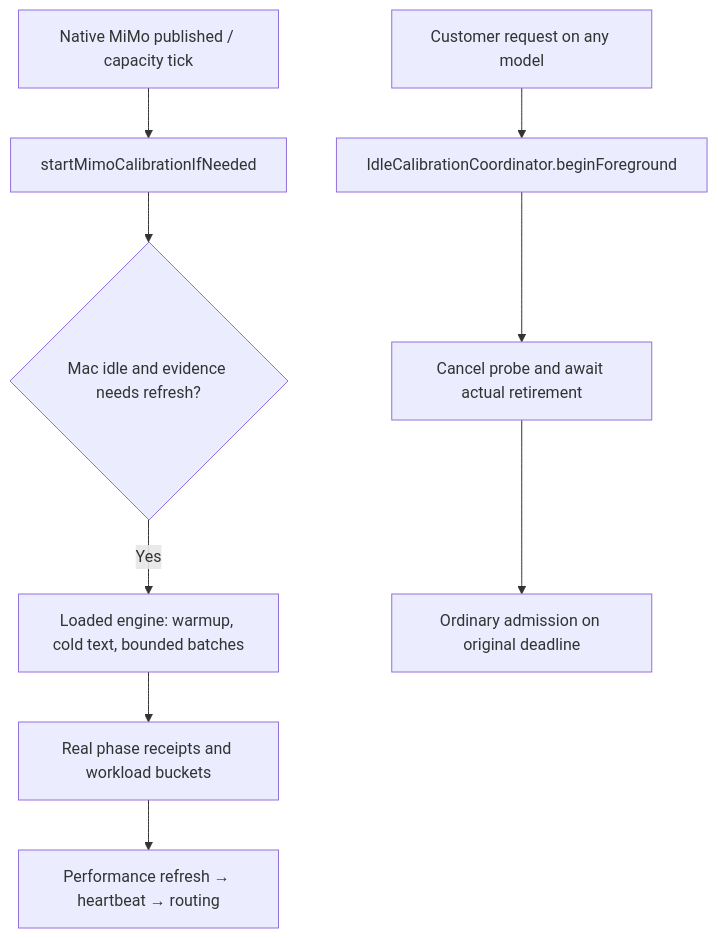
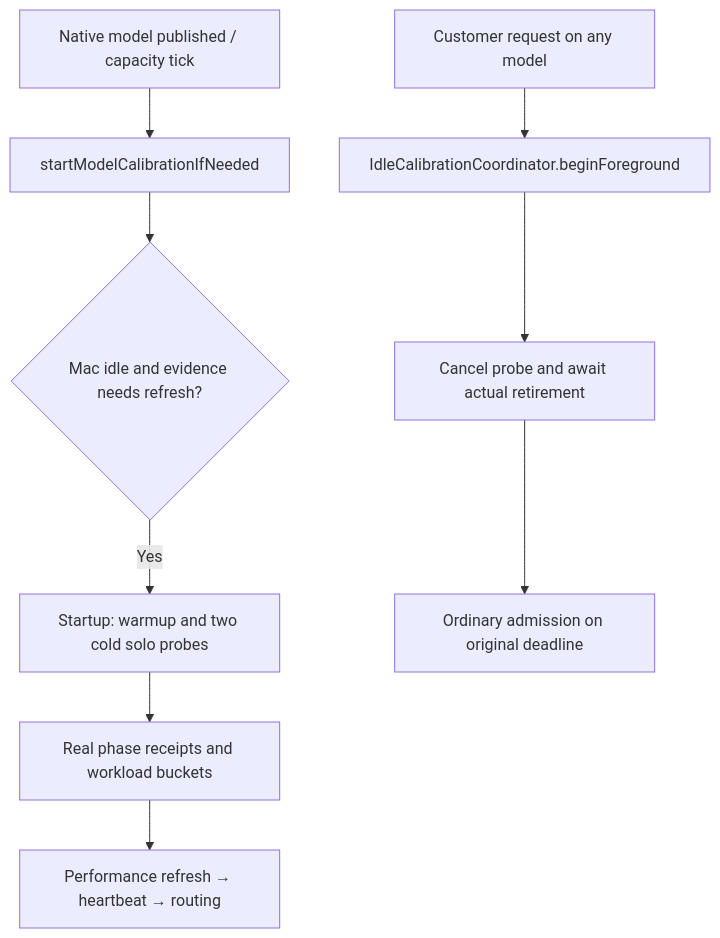
Before and after one commit to Layr-Labs/d-inference: the second of 2 diagrams in docs/architecture/first-content-routing.md, drawn with Mermaid. The commit also changed other lines of this file and 26 other files, not shown here.

Commit message:
fix: recover native model performance estimates after startup

````diff
--- a/docs/architecture/first-content-routing.md
+++ b/docs/architecture/first-content-routing.md
@@ -290,11 +304,11 @@
 ```mermaid
 flowchart TD
-    A["Native MiMo published / capacity tick"] --> B["startMimoCalibrationIfNeeded"]
+    A["Native model published / capacity tick"] --> B["startModelCalibrationIfNeeded"]
     B --> C{"Mac idle and evidence needs refresh?"}
-    C -->|Yes| D["Loaded engine: warmup, cold text, bounded batches"]
+    C -->|Yes| D["Startup: warmup and two cold solo probes"]
     D --> E["Real phase receipts and workload buckets"]
     E --> F["Performance refresh → heartbeat → routing"]
     G["Customer request on any model"] --> H["IdleCalibrationCoordinator.beginForeground"]
     H --> I["Cancel probe and await actual retirement"]
     I --> J["Ordinary admission on original deadline"]
 ```
````
